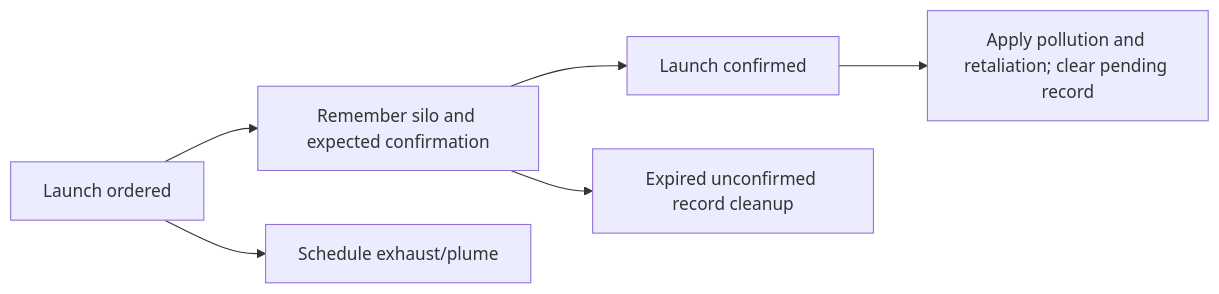
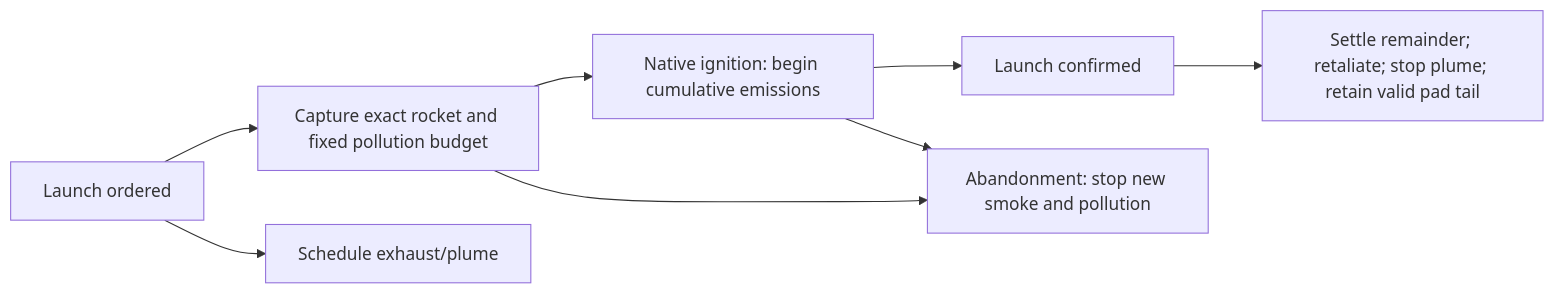
The diagram in .codex/esir/blueprints/rocket-launch-pollution.md (aRighteousGod/exotic-space-industries-remembrance), drawn with Mermaid before and after one commit. The commit also changed other lines of this file and 534 other files, not shown here.

````diff
--- a/.codex/esir/blueprints/rocket-launch-pollution.md
+++ b/.codex/esir/blueprints/rocket-launch-pollution.md
@@ -17,8 +20,10 @@
 ```mermaid
 flowchart LR
-  A["Launch ordered"] --> B["Remember silo and expected confirmation"]
+  A["Launch ordered"] --> B["Capture exact rocket and fixed pollution budget"]
   A --> C["Schedule exhaust/plume"]
-  B --> D["Launch confirmed"]
-  D --> E["Apply pollution and retaliation; clear pending record"]
-  B --> F["Expired unconfirmed record cleanup"]
+  B --> G["Native ignition: begin cumulative emissions"]
+  G --> D["Launch confirmed"]
+  D --> E["Settle remainder; retaliate; stop plume; retain valid pad tail"]
+  B --> F["Abandonment: stop new smoke and pollution"]
+  G --> F
 ```
````
